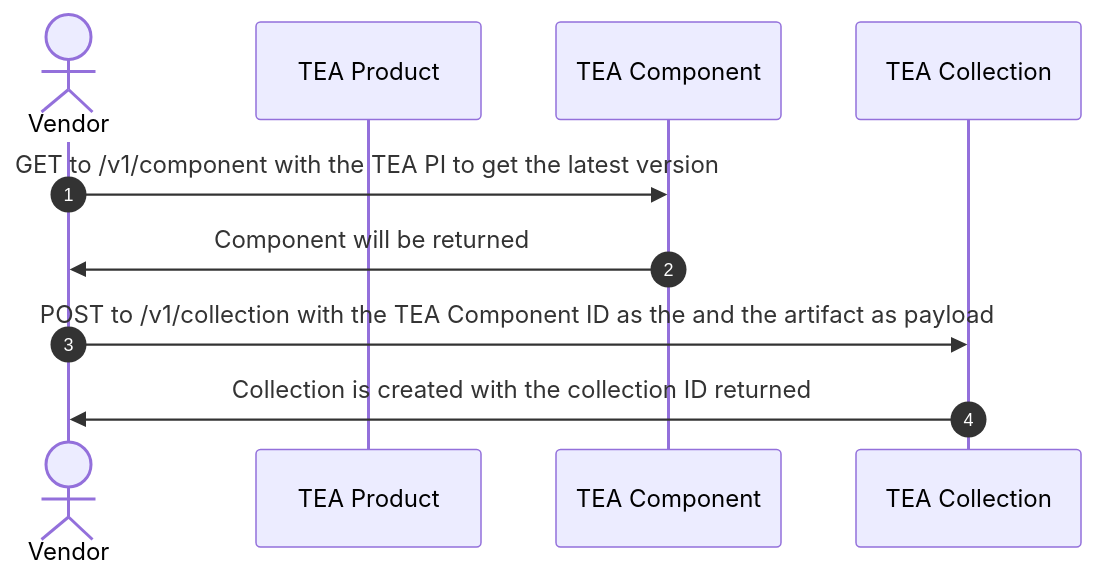
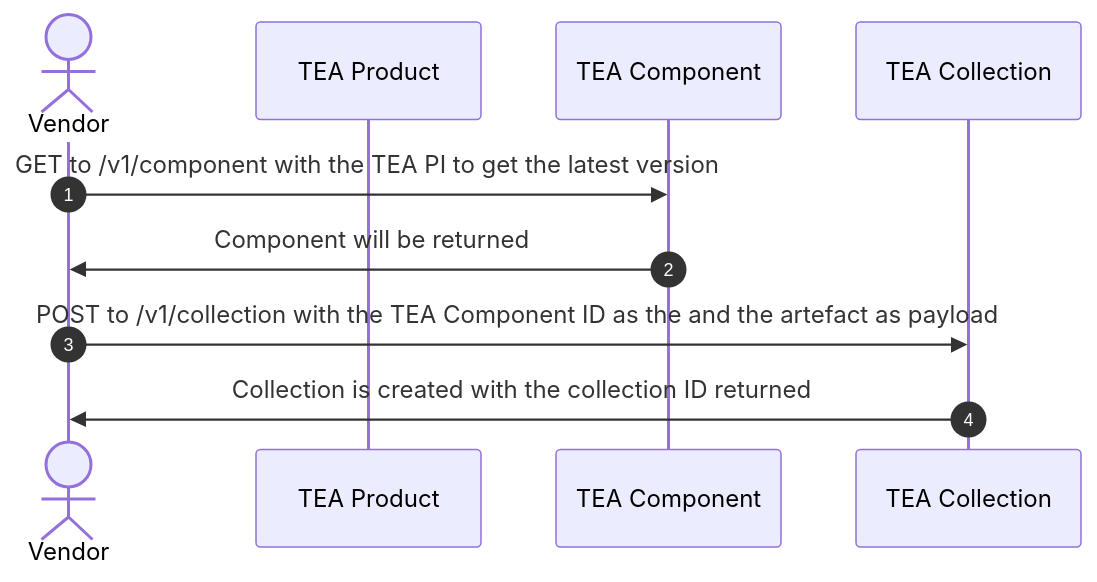
Before and after one commit to CycloneDX/transparency-exchange-api: the third of 3 diagrams in api-flow/publisher.md, drawn with Mermaid. The commit also changed other lines of this file and 13 other files, not shown here.

Commit message:
feat: change artifact to artefact across the spec

````diff
--- a/api-flow/publisher.md
+++ b/api-flow/publisher.md
@@ -50,14 +50,14 @@
 ```mermaid
 sequenceDiagram
     autonumber
     actor Vendor
     participant tea_product as TEA Product
     participant tea_component as TEA Component
     participant tea_collection as TEA Collection
 
     Vendor ->> tea_component: GET to /v1/component with the TEA PI to get the latest version
     tea_component ->> Vendor: Component will be returned
 
-    Vendor ->> tea_collection: POST to /v1/collection with the TEA Component ID as the and the artifact as payload
+    Vendor ->> tea_collection: POST to /v1/collection with the TEA Component ID as the and the artefact as payload
     tea_collection ->> Vendor: Collection is created with the collection ID returned
 ```
````
